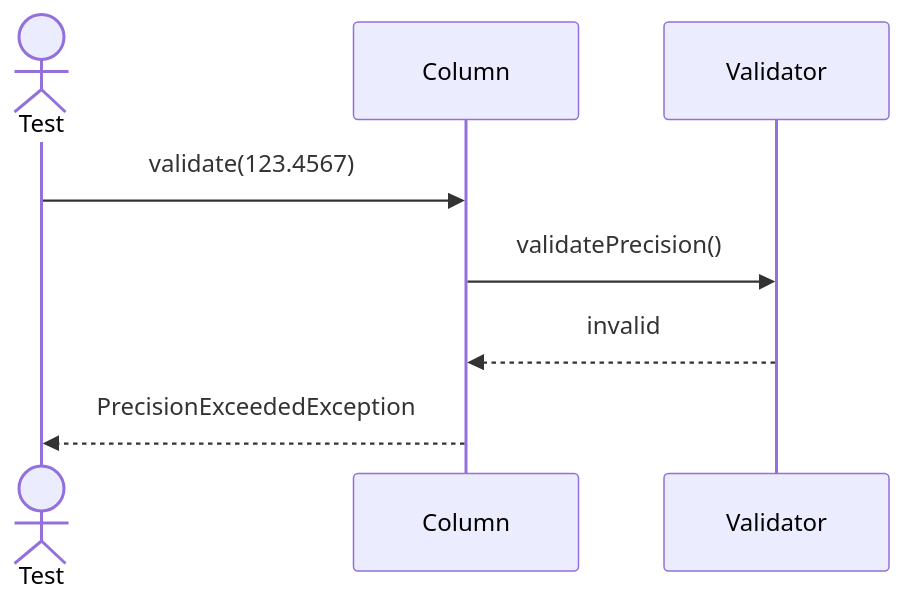
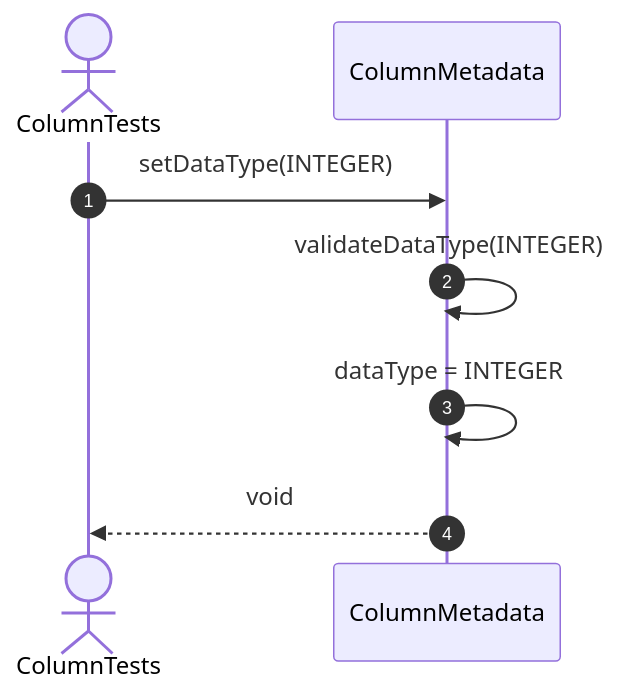
Before and after one commit to FhuAnn/-bbv-AN-s-DBMS: the fifth of 18 diagrams in src/tests/unit/metadata/sequences/columns-testing.se.md, drawn with Mermaid. The commit also changed other lines of this file and 60 other files, not shown here.

Commit message:
refactor data table, row, column, constraint, index test file

````diff
--- a/src/tests/unit/metadata/sequences/columns-testing.se.md
+++ b/src/tests/unit/metadata/sequences/columns-testing.se.md
@@ -77,14 +72,11 @@
 ```mermaid
 sequenceDiagram
-actor Test
-participant Column
-participant Validator
+    autonumber
+    actor Test as ColumnTests
+    participant Column as ColumnMetadata
 
-Test->>Column: validate(123.4567)
-
-Column->>Validator: validatePrecision()
-
-Validator-->>Column: invalid
-
-Column-->>Test: PrecisionExceededException
+    Test->>Column: setDataType(INTEGER)
+    Column->>Column: validateDataType(INTEGER)
+    Column->>Column: dataType = INTEGER
+    Column-->>Test: void
 ```
````
